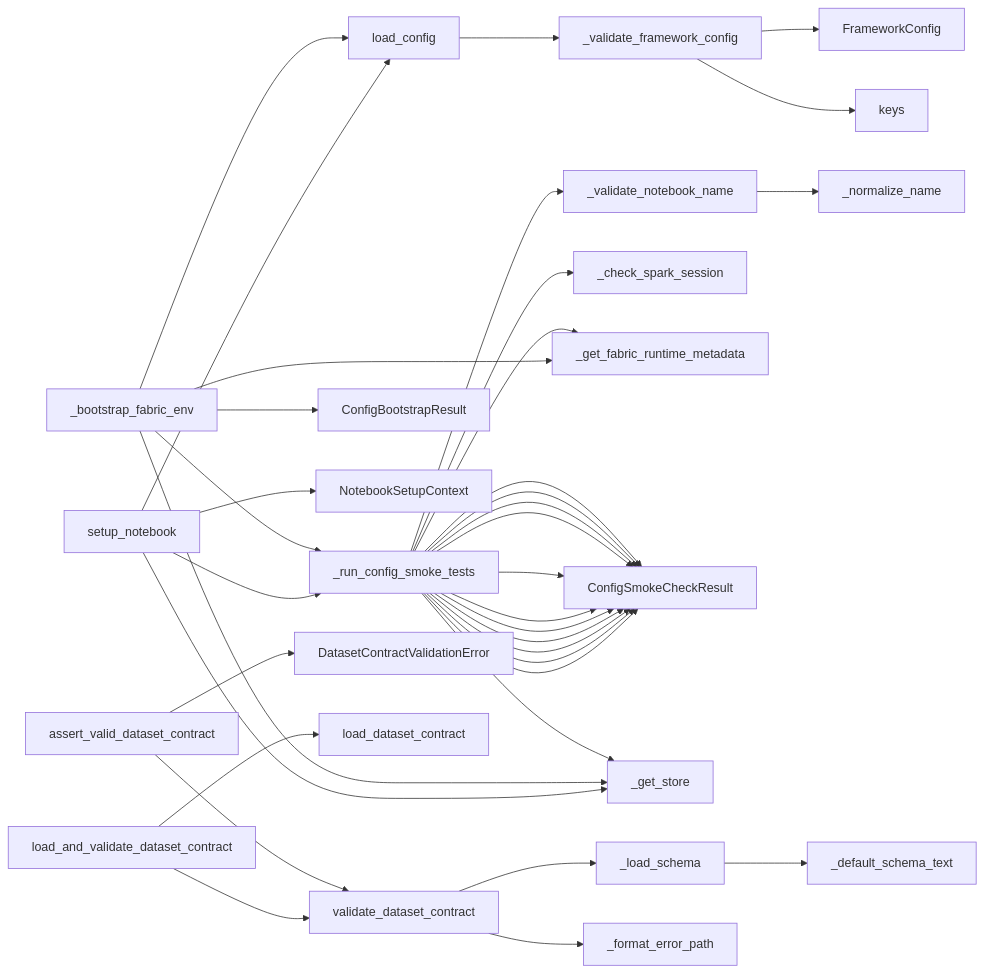
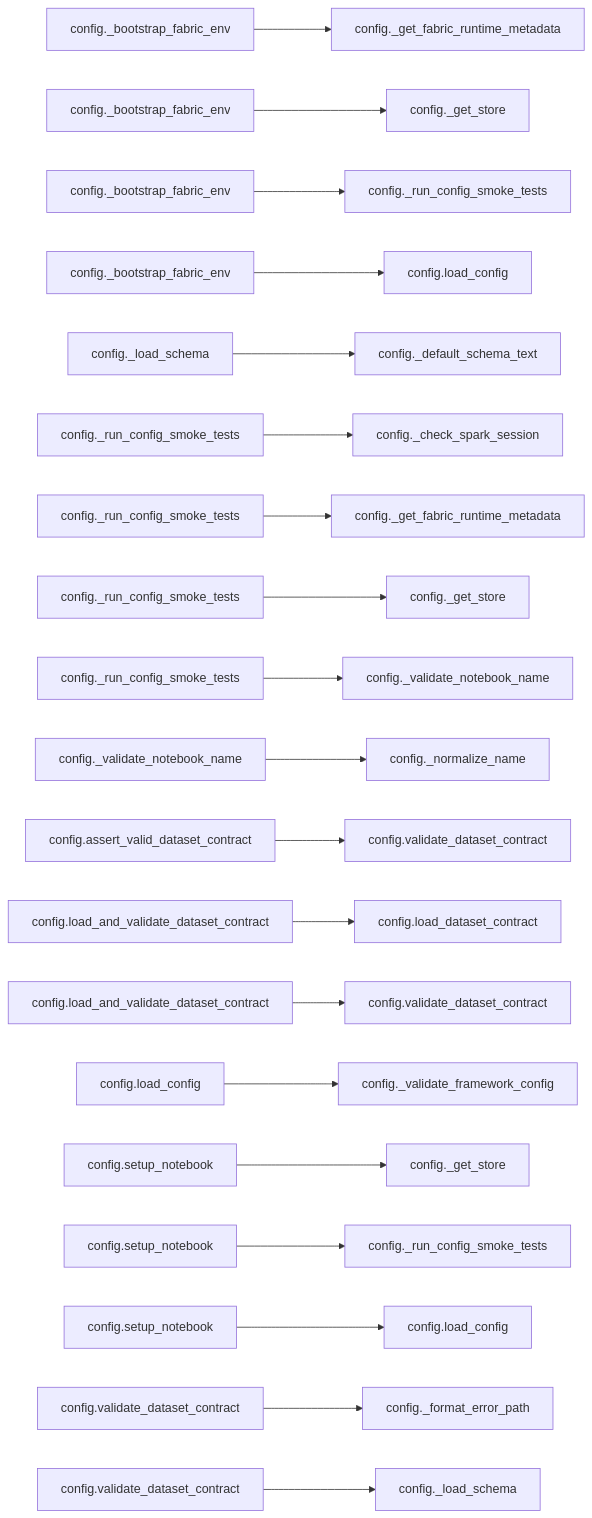
One commit to Voycepeh/FabricOps-Starter-Kit changed the first of 2 diagrams in docs/api/modules/config.md. Above: the diagram before and after it, drawn with Mermaid. The commit also changed other lines of this file and 14 other files, not shown here.

Commit message:
Polish dependency graph rendering and module docs UX

````diff
--- a/docs/api/modules/config.md
+++ b/docs/api/modules/config.md
@@ -46,38 +49,22 @@
 ```mermaid
 flowchart LR
-  _validate_framework_config --> FrameworkConfig
-  _validate_framework_config --> keys
-  load_config --> _validate_framework_config
-  _validate_notebook_name --> _normalize_name
-  _run_config_smoke_tests --> _check_spark_session
-  _run_config_smoke_tests --> _get_fabric_runtime_metadata
-  _run_config_smoke_tests --> ConfigSmokeCheckResult
-  _run_config_smoke_tests --> ConfigSmokeCheckResult
-  _run_config_smoke_tests --> _validate_notebook_name
-  _run_config_smoke_tests --> _get_store
-  _run_config_smoke_tests --> ConfigSmokeCheckResult
-  _run_config_smoke_tests --> ConfigSmokeCheckResult
-  _run_config_smoke_tests --> ConfigSmokeCheckResult
-  _run_config_smoke_tests --> ConfigSmokeCheckResult
-  _run_config_smoke_tests --> ConfigSmokeCheckResult
-  _run_config_smoke_tests --> ConfigSmokeCheckResult
-  _run_config_smoke_tests --> ConfigSmokeCheckResult
-  _run_config_smoke_tests --> ConfigSmokeCheckResult
-  _run_config_smoke_tests --> ConfigSmokeCheckResult
-  _bootstrap_fabric_env --> _get_fabric_runtime_metadata
-  _bootstrap_fabric_env --> ConfigBootstrapResult
-  _bootstrap_fabric_env --> load_config
-  _bootstrap_fabric_env --> _get_store
-  _bootstrap_fabric_env --> _run_config_smoke_tests
-  setup_notebook --> load_config
-  setup_notebook --> _run_config_smoke_tests
-  setup_notebook --> NotebookSetupContext
-  setup_notebook --> _get_store
-  _load_schema --> _default_schema_text
-  validate_dataset_contract --> _load_schema
-  validate_dataset_contract --> _format_error_path
-  assert_valid_dataset_contract --> validate_dataset_contract
-  assert_valid_dataset_contract --> DatasetContractValidationError
-  load_and_validate_dataset_contract --> load_dataset_contract
-  load_and_validate_dataset_contract --> validate_dataset_contract
+  n1["config._bootstrap_fabric_env"] --> n1b["config._get_fabric_runtime_metadata"]
+  n2["config._bootstrap_fabric_env"] --> n2b["config._get_store"]
+  n3["config._bootstrap_fabric_env"] --> n3b["config._run_config_smoke_tests"]
+  n4["config._bootstrap_fabric_env"] --> n4b["config.load_config"]
+  n5["config._load_schema"] --> n5b["config._default_schema_text"]
+  n6["config._run_config_smoke_tests"] --> n6b["config._check_spark_session"]
+  n7["config._run_config_smoke_tests"] --> n7b["config._get_fabric_runtime_metadata"]
+  n8["config._run_config_smoke_tests"] --> n8b["config._get_store"]
+  n9["config._run_config_smoke_tests"] --> n9b["config._validate_notebook_name"]
+  n10["config._validate_notebook_name"] --> n10b["config._normalize_name"]
+  n11["config.assert_valid_dataset_contract"] --> n11b["config.validate_dataset_contract"]
+  n12["config.load_and_validate_dataset_contract"] --> n12b["config.load_dataset_contract"]
+  n13["config.load_and_validate_dataset_contract"] --> n13b["config.validate_dataset_contract"]
+  n14["config.load_config"] --> n14b["config._validate_framework_config"]
+  n15["config.setup_notebook"] --> n15b["config._get_store"]
+  n16["config.setup_notebook"] --> n16b["config._run_config_smoke_tests"]
+  n17["config.setup_notebook"] --> n17b["config.load_config"]
+  n18["config.validate_dataset_contract"] --> n18b["config._format_error_path"]
+  n19["config.validate_dataset_contract"] --> n19b["config._load_schema"]
 ```
````
